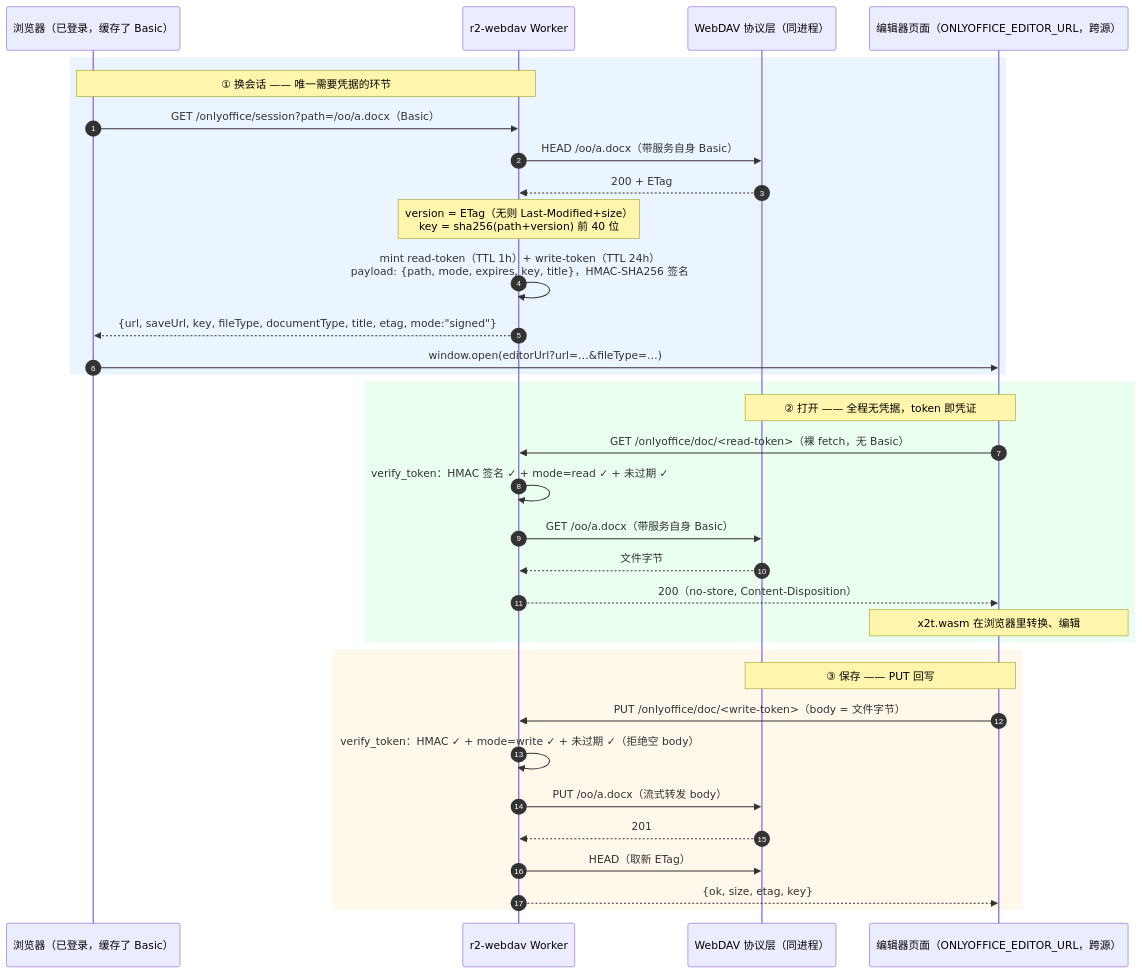
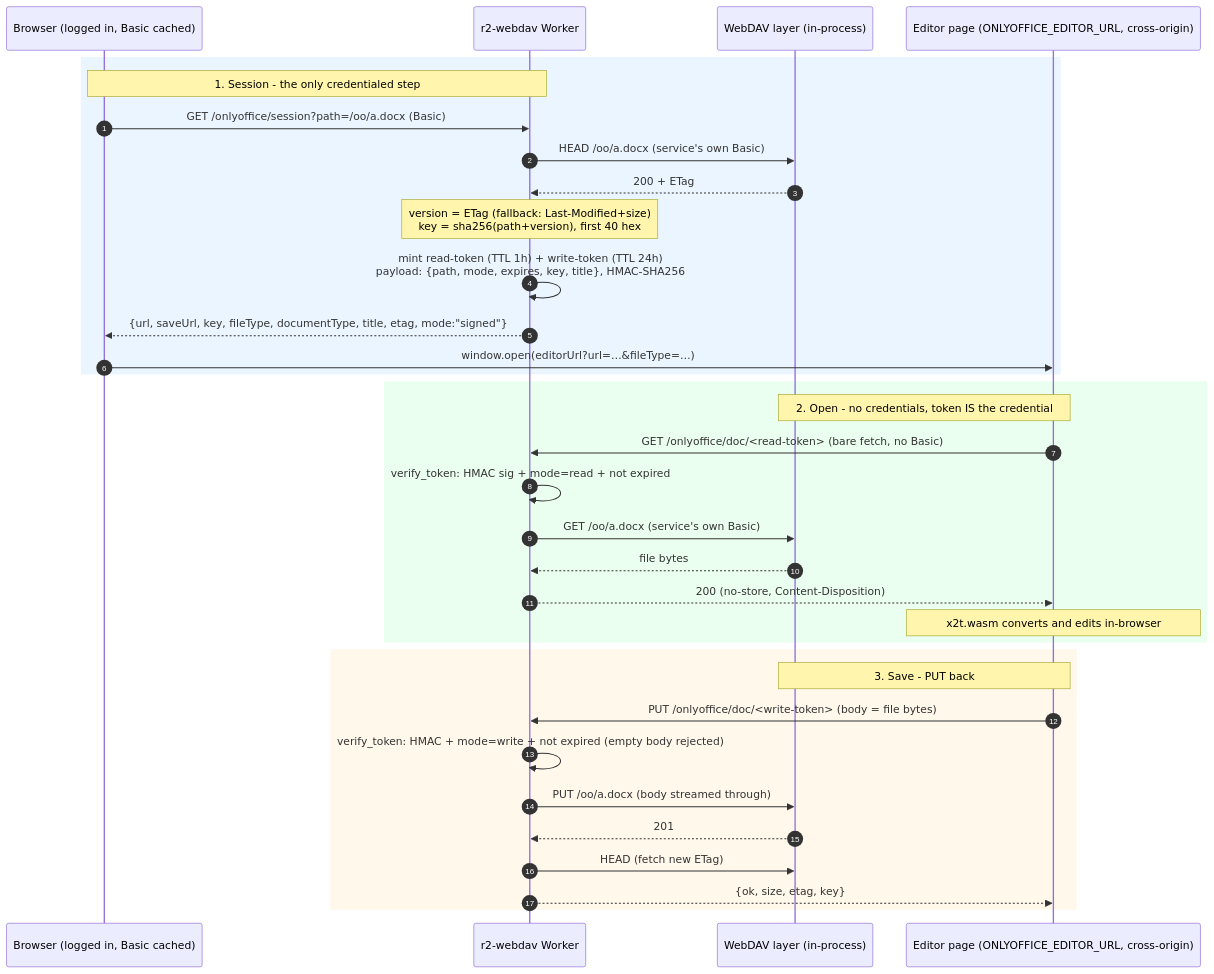
One commit to image72/r2-webdav changed the diagram in docs/onlyoffice.md. Above: the diagram before and after it, drawn with Mermaid.

Commit message:
docs(onlyoffice): mermaid 图改用简短英文

````diff
--- a/docs/onlyoffice.md
+++ b/docs/onlyoffice.md
@@ -41,39 +41,39 @@
 ```mermaid
 sequenceDiagram
  autonumber
- participant B as 浏览器（已登录，缓存了 Basic）
+ participant B as Browser (logged in, Basic cached)
  participant W as r2-webdav Worker
- participant D as WebDAV 协议层（同进程）
- participant E as 编辑器页面（ONLYOFFICE_EDITOR_URL，跨源）
+ participant D as WebDAV layer (in-process)
+ participant E as Editor page (ONLYOFFICE_EDITOR_URL, cross-origin)
 
  rect rgb(235, 245, 255)
- note over B,W: ① 换会话 —— 唯一需要凭据的环节
- B->>W: GET /onlyoffice/session?path=/oo/a.docx（Basic）
- W->>D: HEAD /oo/a.docx（带服务自身 Basic）
+ note over B,W: 1. Session - the only credentialed step
+ B->>W: GET /onlyoffice/session?path=/oo/a.docx (Basic)
+ W->>D: HEAD /oo/a.docx (service's own Basic)
  D-->>W: 200 + ETag
- note over W: version = ETag（无则 Last-Modified+size）<br/>key = sha256(path+version) 前 40 位
- W->>W: mint read-token（TTL 1h）+ write-token（TTL 24h）<br/>payload: {path, mode, expires, key, title}，HMAC-SHA256 签名
+ note over W: version = ETag (fallback: Last-Modified+size)<br/>key = sha256(path+version), first 40 hex
+ W->>W: mint read-token (TTL 1h) + write-token (TTL 24h)<br/>payload: {path, mode, expires, key, title}, HMAC-SHA256
  W-->>B: {url, saveUrl, key, fileType, documentType, title, etag, mode:"signed"}
  B->>E: window.open(editorUrl?url=…&fileType=…)
  end
 
  rect rgb(235, 255, 240)
- note over E,D: ② 打开 —— 全程无凭据，token 即凭证
- E->>W: GET /onlyoffice/doc/<read-token>（裸 fetch，无 Basic）
- W->>W: verify_token：HMAC 签名 ✓ + mode=read ✓ + 未过期 ✓
- W->>D: GET /oo/a.docx（带服务自身 Basic）
- D-->>W: 文件字节
- W-->>E: 200（no-store, Content-Disposition）
- note over E: x2t.wasm 在浏览器里转换、编辑
+ note over E,D: 2. Open - no credentials, token IS the credential
+ E->>W: GET /onlyoffice/doc/<read-token> (bare fetch, no Basic)
+ W->>W: verify_token: HMAC sig + mode=read + not expired
+ W->>D: GET /oo/a.docx (service's own Basic)
+ D-->>W: file bytes
+ W-->>E: 200 (no-store, Content-Disposition)
+ note over E: x2t.wasm converts and edits in-browser
  end
 
  rect rgb(255, 248, 235)
- note over E,D: ③ 保存 —— PUT 回写
- E->>W: PUT /onlyoffice/doc/<write-token>（body = 文件字节）
- W->>W: verify_token：HMAC ✓ + mode=write ✓ + 未过期 ✓（拒绝空 body）
- W->>D: PUT /oo/a.docx（流式转发 body）
+ note over E,D: 3. Save - PUT back
+ E->>W: PUT /onlyoffice/doc/<write-token> (body = file bytes)
+ W->>W: verify_token: HMAC + mode=write + not expired (empty body rejected)
+ W->>D: PUT /oo/a.docx (body streamed through)
  D-->>W: 201
- W->>D: HEAD（取新 ETag）
+ W->>D: HEAD (fetch new ETag)
  W-->>E: {ok, size, etag, key}
  end
 ```
````
